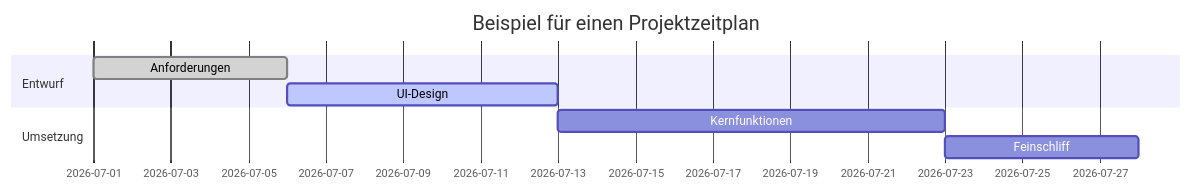
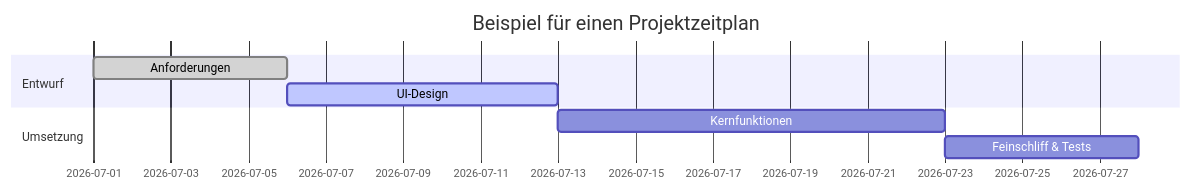
One commit to CatVinci-Studio/Levis changed the second of 3 diagrams in src/help/markdown-guide.de.md. Above: the diagram before and after it, drawn with Mermaid. The commit also changed other lines of this file and 2 other files, not shown here.

Commit message:
fix(i18n): German - the Chats tooltip, citations, and calques in the guides
A reviewer's pass over the German.

- The Chats tab's tooltip said a past conversation opens "im Chat"; a
  click restores it in the AI panel, so it says KI-Bereich (the English
  still says "inline chat").
- "Aus der Liste entfernen" with its article, as menus write it; the
  outline lesson says the arrows fold sections in and out.
- AI guide: the setup step names the real rows (Assistenzmodell,
  Chat-Modell); the key note reads "Ctrl (Strg) statt Cmd"; the
  grammar paragraph no longer has Übernehmen "übernehmen" the fix; the
  chat button sits in the Titelleiste; "Anbieter, die sie anbieten" and
  "wähle ... wählen" are gone; sections 4 and 5 say KI-Bereich, not a
  bare "Bereich"; "check the citations" is Quellenangaben prüfen, not
  Zitate (quotes).
- Markdown guide: the two alerts lose their English comma ("Eine
  Notiz, für ..."), the image host "kann" return a URL and Levis, not
  the files, asks for a name; the Gantt sample keeps the tests.

````diff
--- a/src/help/markdown-guide.de.md
+++ b/src/help/markdown-guide.de.md
@@ -99,11 +99,11 @@
 ```mermaid
 gantt
     title Beispiel für einen Projektzeitplan
     dateFormat YYYY-MM-DD
     section Entwurf
-    Anforderungen    :done,    des1, 2026-07-01, 5d
-    UI-Design        :active,  des2, after des1, 7d
+    Anforderungen       :done,    des1, 2026-07-01, 5d
+    UI-Design           :active,  des2, after des1, 7d
     section Umsetzung
-    Kernfunktionen   :         dev1, after des2, 10d
-    Feinschliff      :         dev2, after dev1, 5d
+    Kernfunktionen      :         dev1, after des2, 10d
+    Feinschliff & Tests :         dev2, after dev1, 5d
 ```
````
